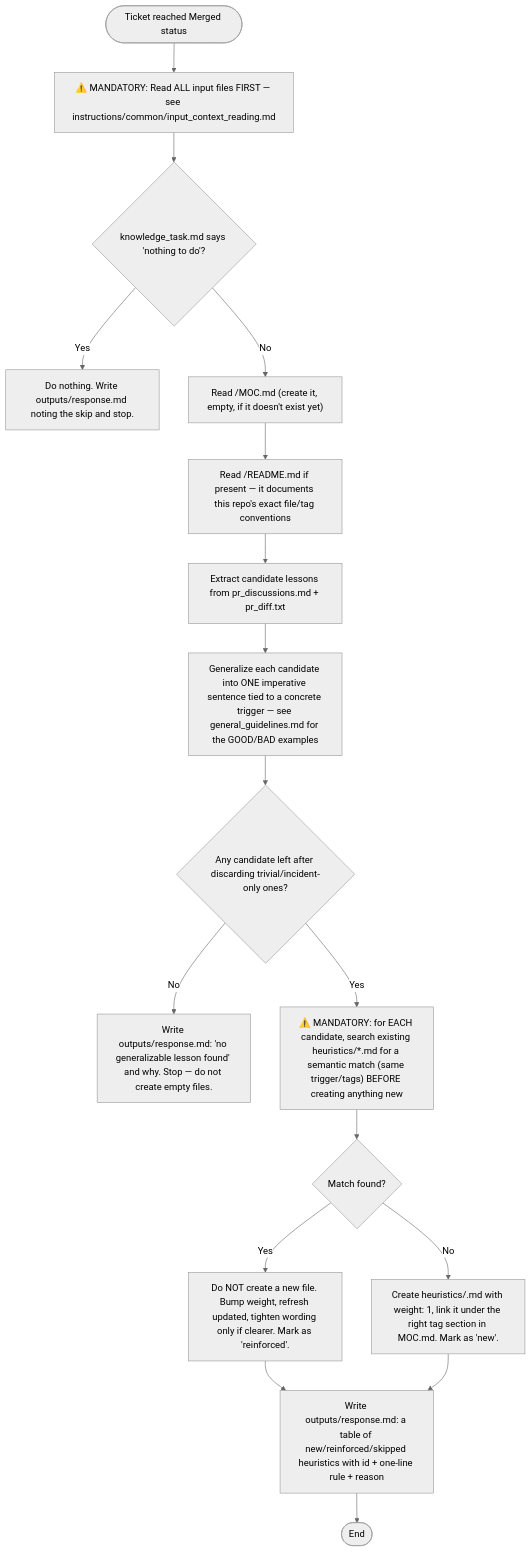
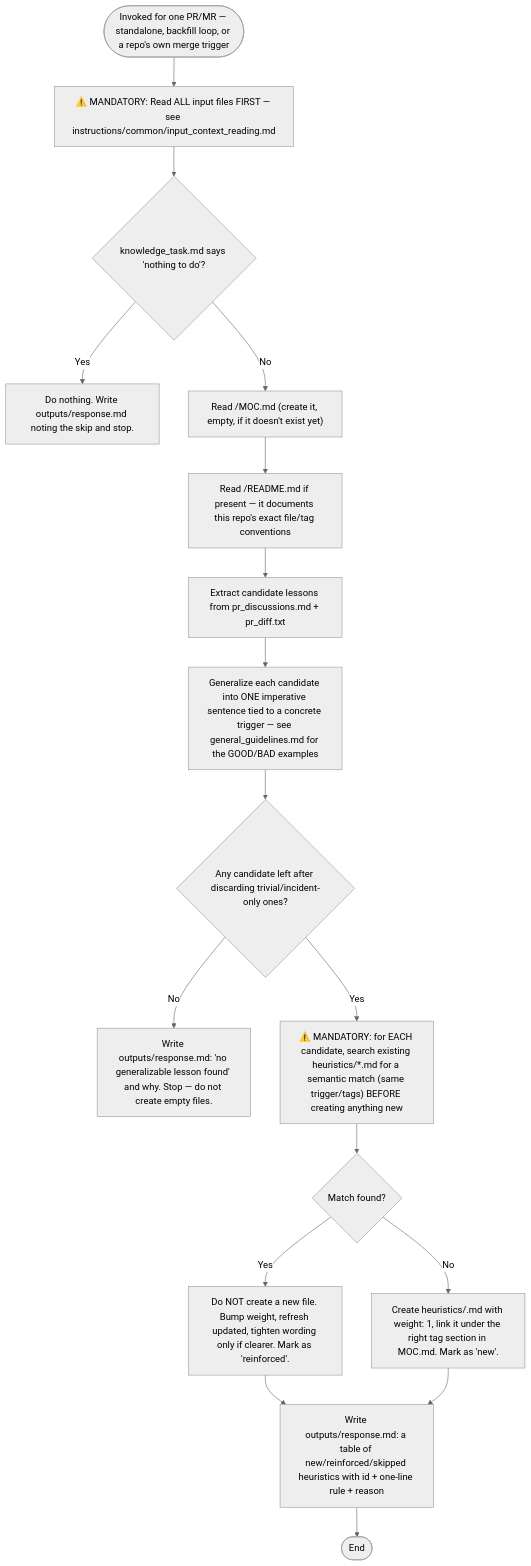
Before and after one commit to IstiN/dmtools-agents: the diagram in instructions/knowledge_update/general_guidelines.md, drawn with Mermaid (neutral theme). The commit also changed other lines of this file and 8 other files, not shown here.

````diff
--- a/instructions/knowledge_update/general_guidelines.md
+++ b/instructions/knowledge_update/general_guidelines.md
@@ -1,19 +1,19 @@
 ```mermaid
 flowchart TD
-    START([Ticket reached Merged status]) --> READ["⚠️ MANDATORY: Read ALL input files FIRST — see instructions/common/input_context_reading.md"]
+    START([Invoked for one PR/MR — standalone, backfill loop, or a repo's own merge trigger]) --> READ["⚠️ MANDATORY: Read ALL input files FIRST — see instructions/common/input_context_reading.md"]
     READ --> TASK{knowledge_task.md says 'nothing to do'?}
     TASK -->|Yes| STOP["Do nothing. Write outputs/response.md noting the skip and stop."]
     TASK -->|No| MOC["Read <knowledgeDir>/MOC.md (create it, empty, if it doesn't exist yet)"]
     MOC --> README["Read <knowledgeDir>/README.md if present — it documents this repo's exact file/tag conventions"]
     README --> EXTRACT["Extract candidate lessons from pr_discussions.md + pr_diff.txt"]
     EXTRACT --> GENERALIZE["Generalize each candidate into ONE imperative sentence tied to a concrete trigger — see general_guidelines.md for the GOOD/BAD examples"]
     GENERALIZE --> ANY{Any candidate left after discarding trivial/incident-only ones?}
     ANY -->|No| NONE["Write outputs/response.md: 'no generalizable lesson found' and why. Stop — do not create empty files."]
     ANY -->|Yes| DEDUP["⚠️ MANDATORY: for EACH candidate, search existing heuristics/*.md for a semantic match (same trigger/tags) BEFORE creating anything new"]
     DEDUP --> MATCH{Match found?}
     MATCH -->|Yes| REINFORCE["Do NOT create a new file. Bump weight, refresh updated, tighten wording only if clearer. Mark as 'reinforced'."]
     MATCH -->|No| CREATE["Create heuristics/<kebab-case-id>.md with weight: 1, link it under the right tag section in MOC.md. Mark as 'new'."]
     REINFORCE --> SUMMARY
     CREATE --> SUMMARY["Write outputs/response.md: a table of new/reinforced/skipped heuristics with id + one-line rule + reason"]
     SUMMARY --> END([End])
 ```
````
